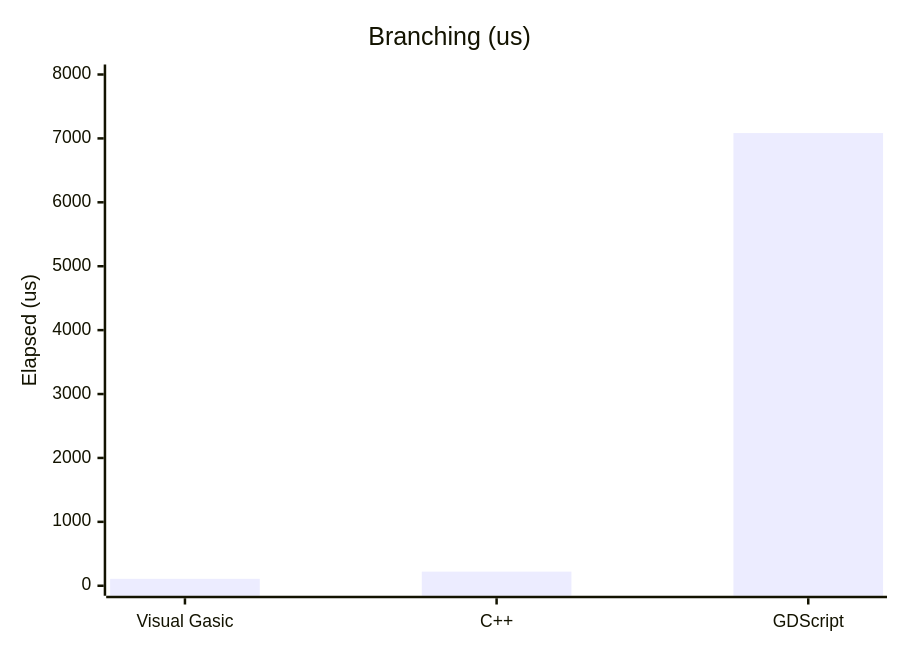
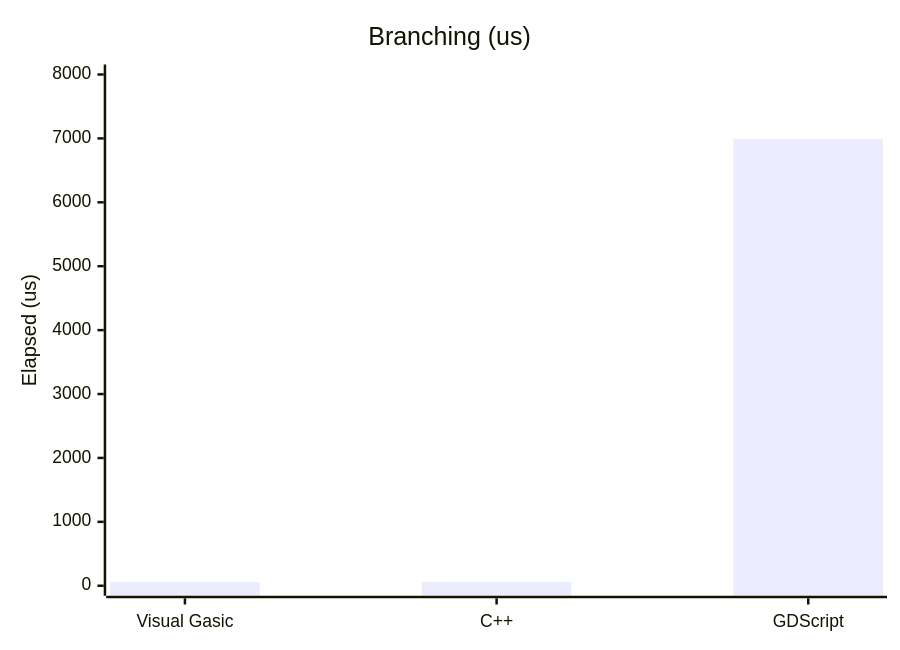
One commit to xgreenrx-star/VisualGasic changed the third of 11 diagrams in docs/manual/performance.md. Above: the diagram before and after it, drawn with Mermaid. The commit also changed other lines of this file and 3 other files, not shown here.

````diff
--- a/docs/manual/performance.md
+++ b/docs/manual/performance.md
@@ -97,7 +105,7 @@
 ```mermaid
 xychart-beta
     title "Branching (us)"
     x-axis ["Visual Gasic","C++","GDScript"]
     y-axis "Elapsed (us)" 0 --> 8000
-    bar [108,221,7083]
+    bar [59,60,6988]
 ```
````
